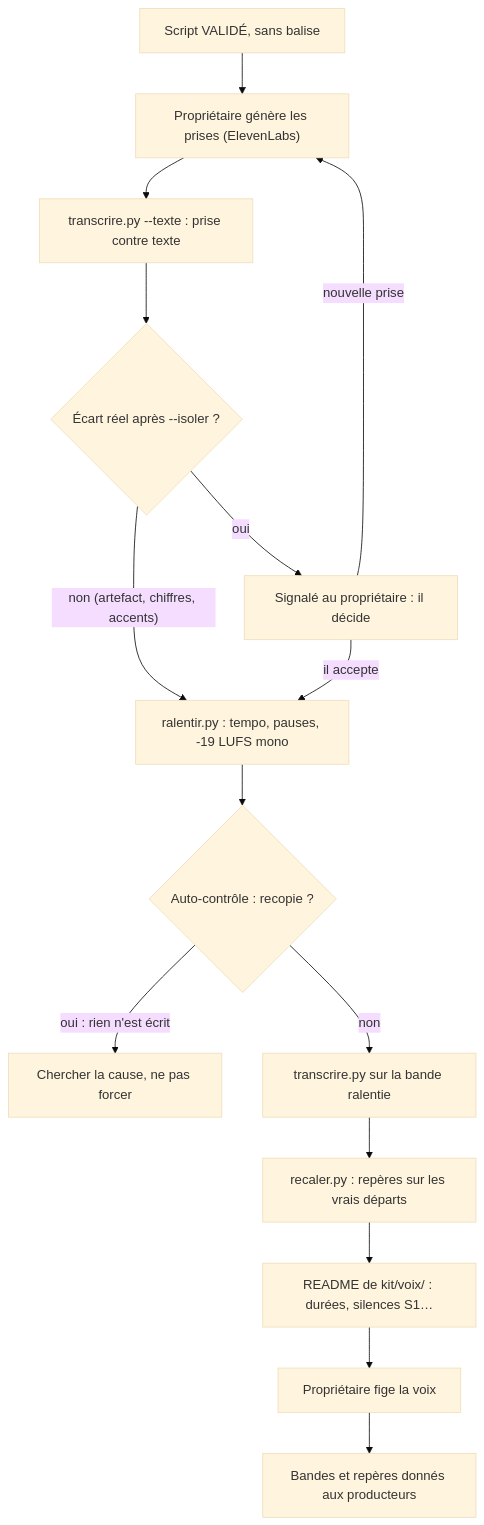
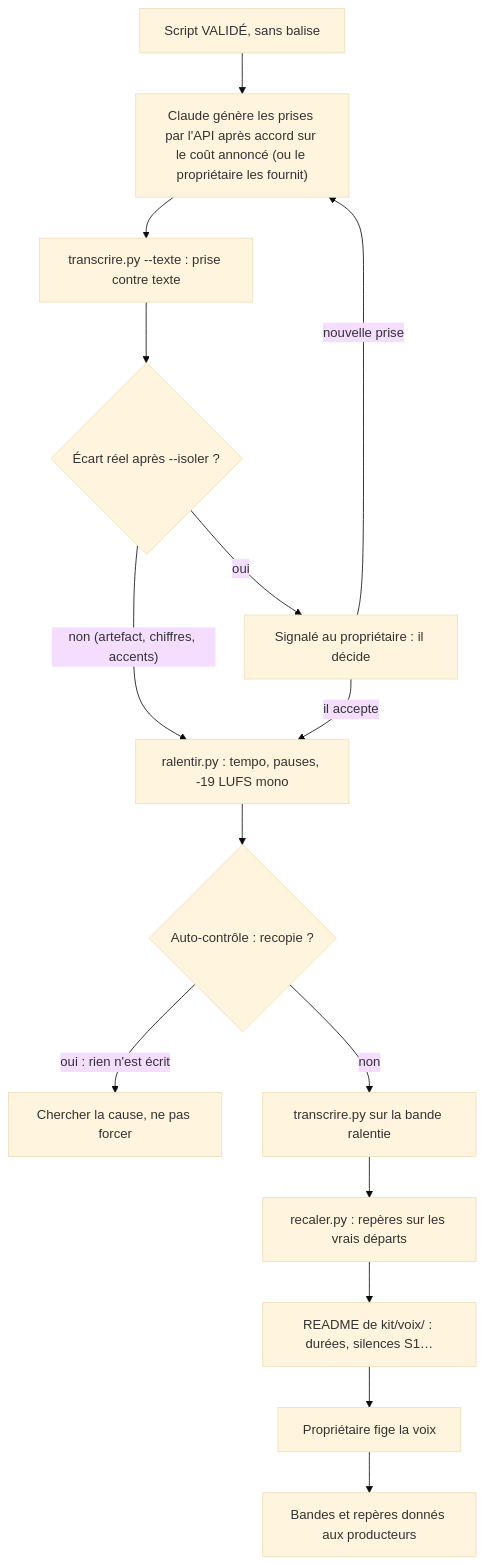
The diagram in docs/workflows/voix-off.md (hichamsbihi/studio-faceless), drawn with Mermaid (base theme) before and after one commit. The commit also changed other lines of this file and 51 other files, not shown here.

````diff
--- a/docs/workflows/voix-off.md
+++ b/docs/workflows/voix-off.md
@@ -151,17 +152,17 @@
 ```mermaid
 flowchart TD
-    A["Script VALIDÉ, sans balise"] --> B["Propriétaire génère les prises (ElevenLabs)"]
+    A["Script VALIDÉ, sans balise"] --> B["Claude génère les prises par l'API après accord sur le coût annoncé (ou le propriétaire les fournit)"]
     B --> C["transcrire.py --texte : prise contre texte"]
     C --> D{"Écart réel après --isoler ?"}
     D -- "oui" --> E["Signalé au propriétaire : il décide"]
     E -- "nouvelle prise" --> B
     D -- "non (artefact, chiffres, accents)" --> F["ralentir.py : tempo, pauses, -19 LUFS mono"]
     E -- "il accepte" --> F
     F --> G{"Auto-contrôle : recopie ?"}
     G -- "oui : rien n'est écrit" --> H["Chercher la cause, ne pas forcer"]
     G -- "non" --> I["transcrire.py sur la bande ralentie"]
     I --> J["recaler.py : repères sur les vrais départs"]
     J --> K["README de kit/voix/ : durées, silences S1…"]
     K --> L["Propriétaire fige la voix"]
     L --> M["Bandes et repères donnés aux producteurs"]
 ```
````
